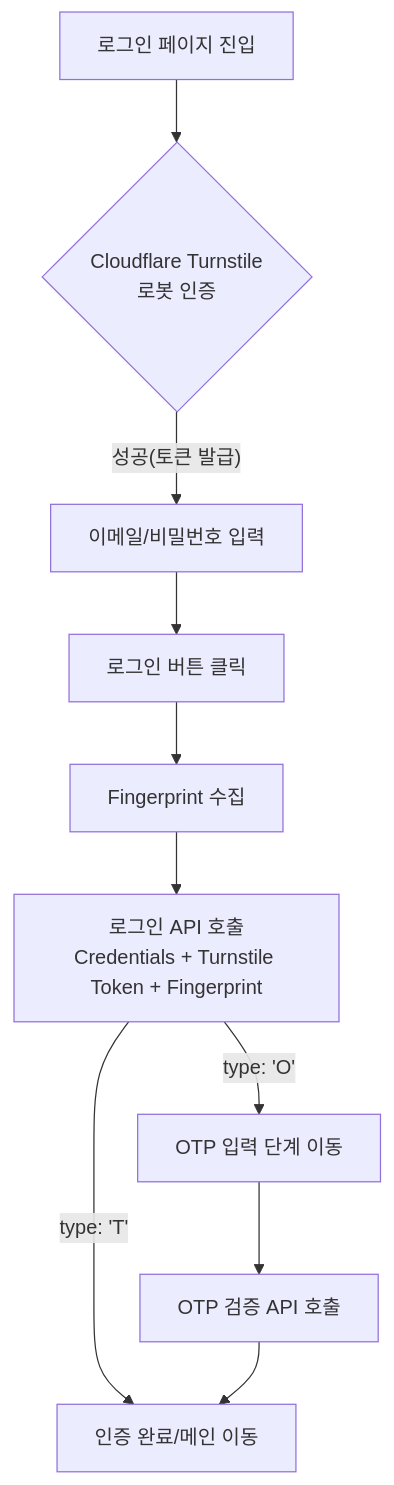
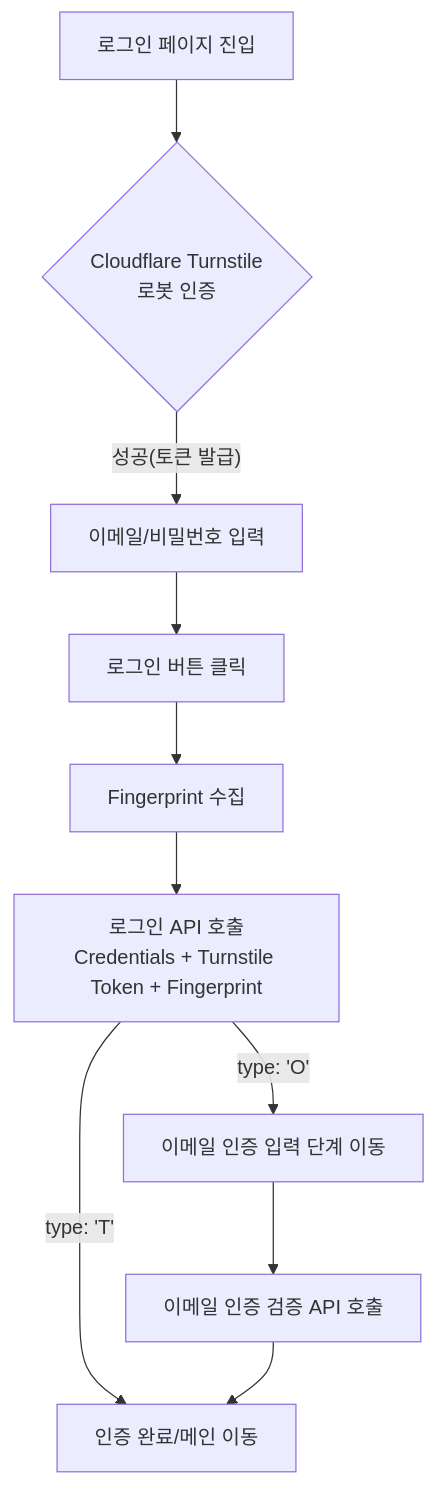
One commit to micahang0127/kp-lab-manager-pro-2.0_260730 changed the diagram in docs/features/LOGIN_FINGERPRINT.md. Above: the diagram before and after it, drawn with Mermaid. The commit also changed other lines of this file and 13 other files, not shown here.

````diff
--- a/docs/features/LOGIN_FINGERPRINT.md
+++ b/docs/features/LOGIN_FINGERPRINT.md
@@ -18,12 +18,12 @@
 ```mermaid
 graph TD
     A[로그인 페이지 진입] --> B{Cloudflare Turnstile<br/>로봇 인증}
     B -- 성공(토큰 발급) --> C[이메일/비밀번호 입력]
     C --> D[로그인 버튼 클릭]
     D --> E[Fingerprint 수집]
     E --> F[로그인 API 호출<br/>Credentials + Turnstile Token + Fingerprint]
     F -- type: 'T' --> G[인증 완료/메인 이동]
-    F -- type: 'O' --> H[OTP 입력 단계 이동]
-    H --> I[OTP 검증 API 호출]
+    F -- type: 'O' --> H[이메일 인증 입력 단계 이동]
+    H --> I[이메일 인증 검증 API 호출]
     I --> G
 ```
````
